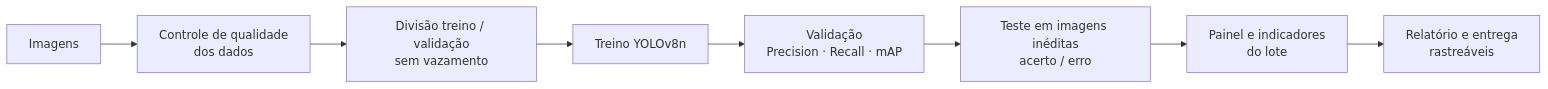
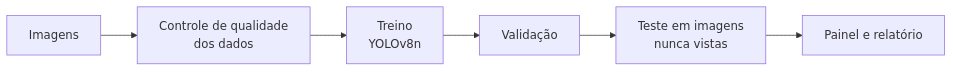
Before and after one commit to BrunoSilveira100/Citrus-yolo-isnpecion: the diagram in README.md, drawn with Mermaid. The commit also changed other lines of this file and 2 other files, not shown here.

````diff
--- a/README.md
+++ b/README.md
@@ -42,10 +23,8 @@
 ```mermaid
 flowchart LR
     A[Imagens] --> B[Controle de qualidade<br/>dos dados]
-    B --> C[Divisão treino / validação<br/>sem vazamento]
-    C --> D[Treino YOLOv8n]
-    D --> E[Validação<br/>Precision · Recall · mAP]
-    E --> F[Teste em imagens inéditas<br/>acerto / erro]
-    F --> G[Painel e indicadores<br/>do lote]
-    G --> H[Relatório e entrega<br/>rastreáveis]
+    B --> C[Treino<br/>YOLOv8n]
+    C --> D[Validação]
+    D --> E[Teste em imagens<br/>nunca vistas]
+    E --> F[Painel e relatório]
 ```
````
